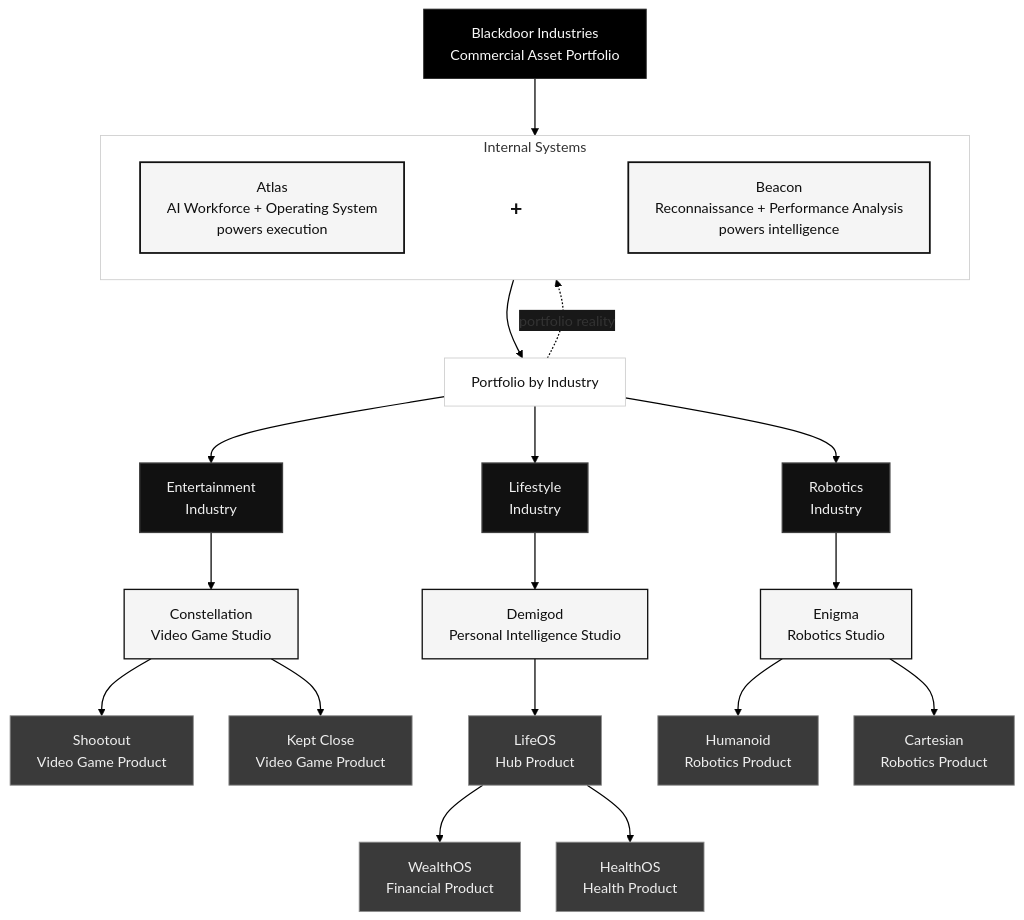
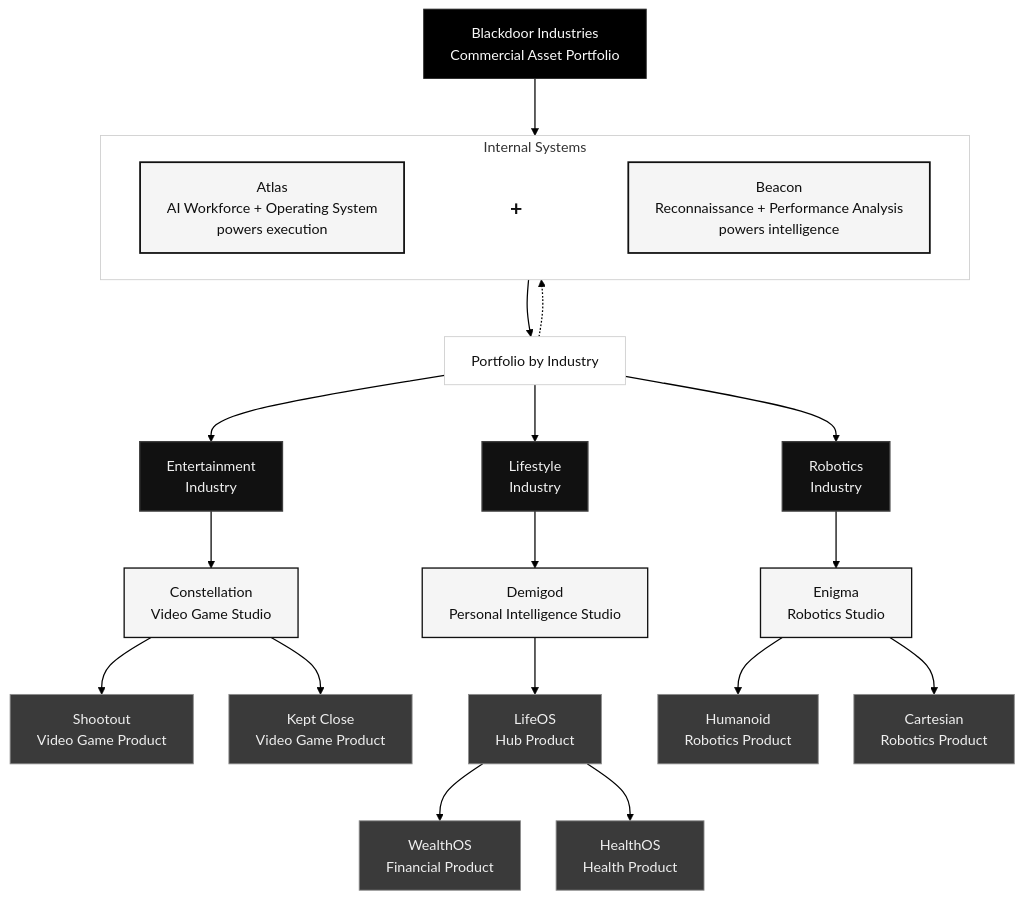
The first of 2 diagrams in profile/README.md (Blackdoor-Industries/.github), drawn with Mermaid before and after one commit. The commit also changed other lines of this file, not shown here.

````diff
--- a/profile/README.md
+++ b/profile/README.md
@@ -56,73 +30,73 @@
 ```mermaid
 %%{init: {
   "theme": "base",
   "flowchart": {
     "curve": "basis",
     "nodeSpacing": 40,
     "rankSpacing": 64
   },
   "themeVariables": {
     "fontFamily": "Helvetica, Arial, sans-serif",
     "lineColor": "#000000",
     "textColor": "#eaeaea",
     "primaryColor": "#181818",
     "primaryBorderColor": "#454545",
     "tertiaryColor": "#121212",
     "background": "#ffffff"
   }
 }}%%
 flowchart TB
     BD["Blackdoor Industries<br/>Commercial Asset Portfolio"]:::holding
 
     subgraph INTERNAL["Internal Systems"]
         direction LR
         ATLAS["Atlas<br/>AI&nbsp;Workforce&nbsp;+&nbsp;Operating&nbsp;System<br/>powers execution"]:::system
         PLUS["<b>+</b>"]:::plus
         BEACON["Beacon<br/>Reconnaissance&nbsp;+&nbsp;Performance&nbsp;Analysis<br/>powers intelligence"]:::system
         ATLAS ~~~ PLUS ~~~ BEACON
     end
 
     PORT["Portfolio by Industry"]:::layer
     ENT["Entertainment<br/>Industry"]:::industry
     LIFEIND["Lifestyle<br/>Industry"]:::industry
     ROBOTICS["Robotics<br/>Industry"]:::industry
     CONST["Constellation<br/>Video Game Studio"]:::brand
     DEMI["Demigod<br/>Personal Intelligence Studio"]:::brand
     ENIGMA["Enigma<br/>Robotics Studio"]:::brand
     SHOOT["Shootout<br/>Video Game Product"]:::product
     KEPT["Kept Close<br/>Video Game Product"]:::product
     LIFE["LifeOS<br/>Hub Product"]:::product
     WEALTH["WealthOS<br/>Financial Product"]:::product
     HEALTH["HealthOS<br/>Health Product"]:::product
     HUMANOID["Humanoid<br/>Robotics Product"]:::product
     CARTESIAN["Cartesian<br/>Robotics Product"]:::product
 
     BD --> INTERNAL
     INTERNAL --> PORT
-    PORT -. "portfolio reality" .-> INTERNAL
+    PORT -.-> INTERNAL
     PORT --> ENT
     PORT --> LIFEIND
     PORT --> ROBOTICS
     ENT --> CONST
     LIFEIND --> DEMI
     ROBOTICS --> ENIGMA
     CONST --> SHOOT
     CONST --> KEPT
     DEMI --> LIFE
     LIFE --> WEALTH
     LIFE --> HEALTH
     ENIGMA --> HUMANOID
     ENIGMA --> CARTESIAN
 
     classDef holding fill:#000000,stroke:#2a2a2a,stroke-width:1px,color:#fafafa
     classDef system fill:#f5f5f5,stroke:#111111,stroke-width:2px,color:#0f0f0f
     classDef plus fill:#ffffff,stroke:#ffffff,color:#111111,font-weight:700,font-size:24px
     classDef layer fill:#ffffff,stroke:#cfcfcf,stroke-width:1px,color:#111111
     classDef industry fill:#111111,stroke:#3f3f3f,stroke-width:1.5px,color:#f0f0f0
     classDef brand fill:#f5f5f5,stroke:#111111,stroke-width:1.5px,color:#0f0f0f
     classDef product fill:#3a3a3a,stroke:#8d8d8d,stroke-width:1px,color:#efefef
 
     style INTERNAL fill:#ffffff,stroke:#cfcfcf,stroke-width:1px,color:#333333
     linkStyle default stroke:#000000,stroke-width:1.4px
     linkStyle 0,1 stroke:#ffffff,stroke-width:0px
 ```
````
